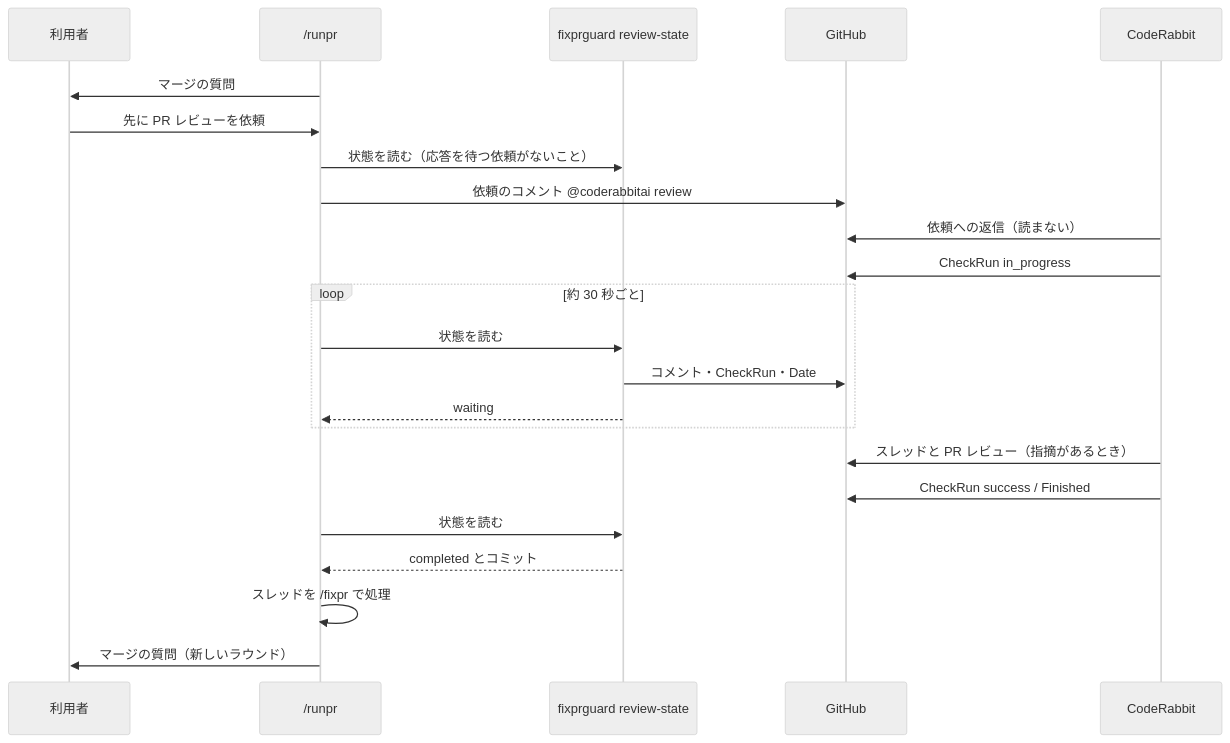
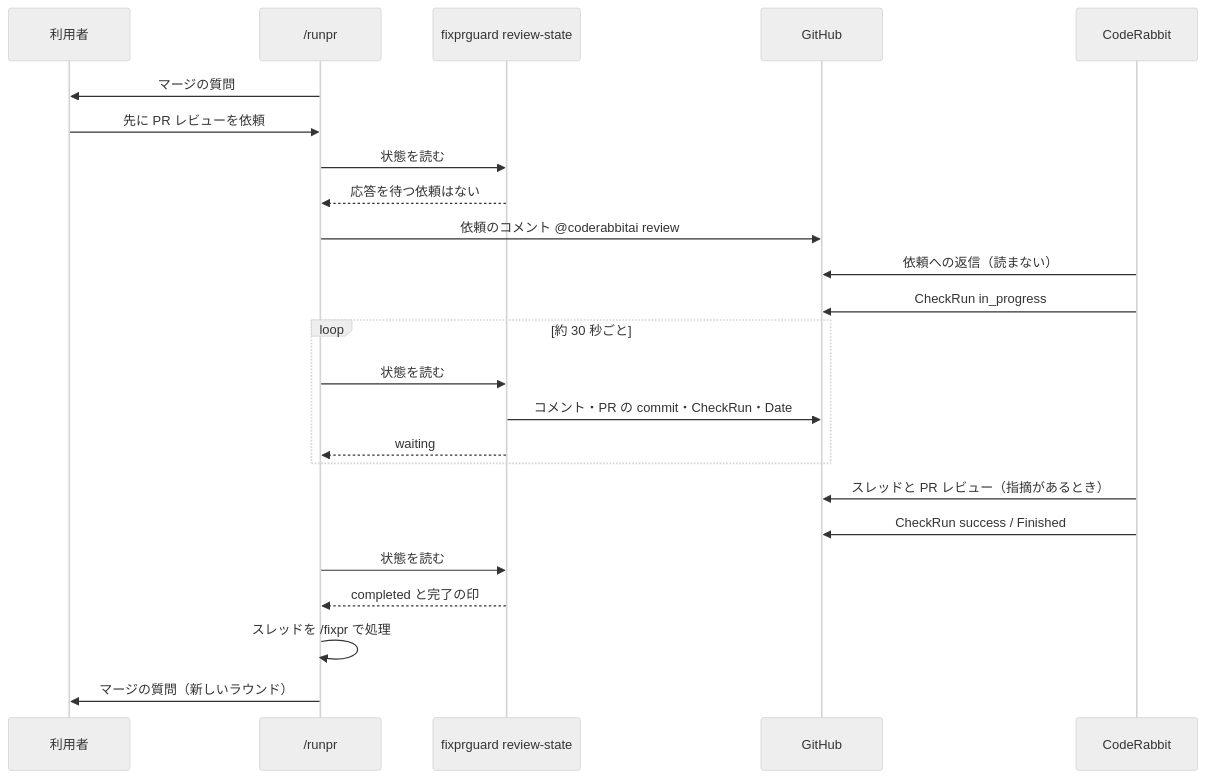
One commit to isseis/yt2column changed the third of 6 diagrams in docs/tasks/0118_codex_removal/02_architecture.md. Above: the diagram before and after it, drawn with Mermaid (neutral theme). The commit also changed other lines of this file and 3 other files, not shown here.

First line of the commit message:
docs(0118): apply the review fixes to the architecture

````diff
--- a/docs/tasks/0118_codex_removal/02_architecture.md
+++ b/docs/tasks/0118_codex_removal/02_architecture.md
@@ -173,26 +207,27 @@
 ```mermaid
 sequenceDiagram
     participant U as 利用者
     participant R as /runpr
     participant F as fixprguard review-state
     participant G as GitHub
     participant C as CodeRabbit
 
     R->>U: マージの質問
     U->>R: 先に PR レビューを依頼
-    R->>F: 状態を読む（応答を待つ依頼がないこと）
+    R->>F: 状態を読む
+    F-->>R: 応答を待つ依頼はない
     R->>G: 依頼のコメント @coderabbitai review
     C->>G: 依頼への返信（読まない）
     C->>G: CheckRun in_progress
     loop 約 30 秒ごと
         R->>F: 状態を読む
-        F->>G: コメント・CheckRun・Date
+        F->>G: コメント・PR の commit・CheckRun・Date
         F-->>R: waiting
     end
     C->>G: スレッドと PR レビュー（指摘があるとき）
     C->>G: CheckRun success / Finished
     R->>F: 状態を読む
-    F-->>R: completed とコミット
+    F-->>R: completed と完了の印
     R->>R: スレッドを /fixpr で処理
     R->>U: マージの質問（新しいラウンド）
 ```
````
